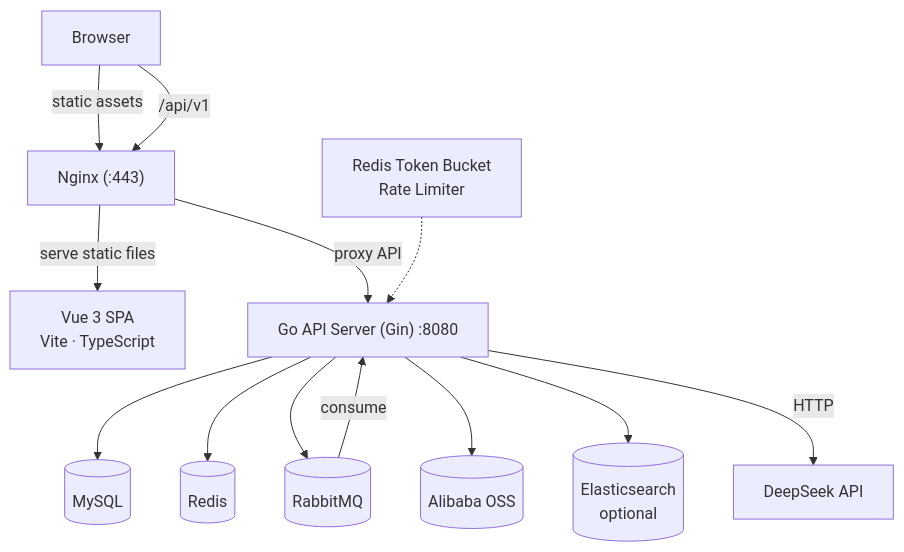
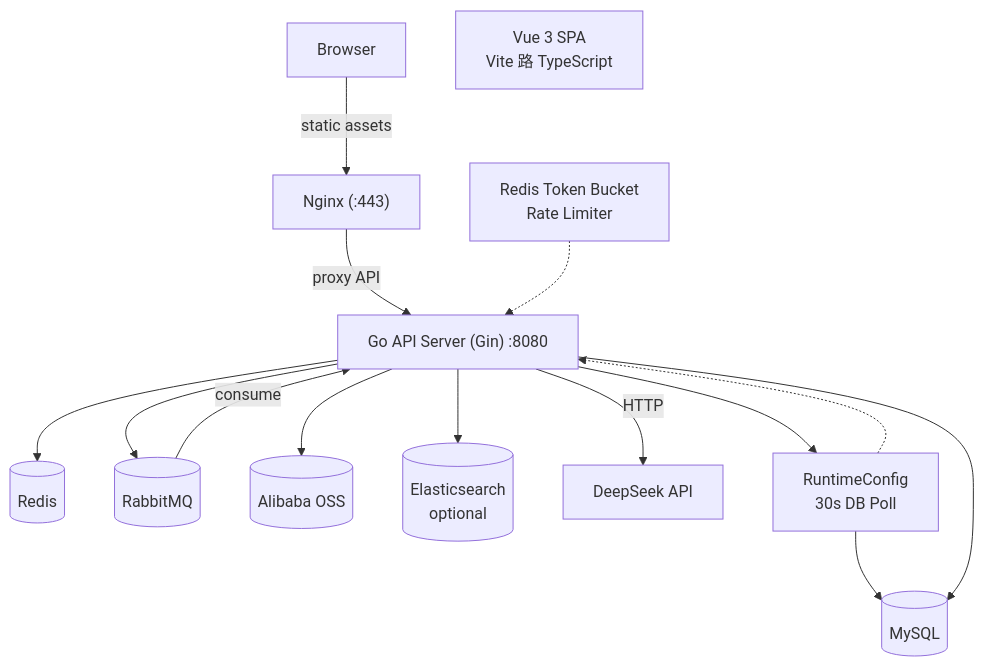
The first of 4 diagrams in docs/ARCHITECTURE_EN.md (earthcake2233/cakecake), drawn with Mermaid before and after one commit. The commit also changed other lines of this file and 14 other files, not shown here.

Commit message:
feat: add RuntimeConfig manager with Admin API for dynamic system configs

````diff
--- a/docs/ARCHITECTURE_EN.md
+++ b/docs/ARCHITECTURE_EN.md
@@ -7,28 +7,29 @@
 ```mermaid
 graph TB
     Browser["Browser"]
     Nginx["Nginx (:443)"]
 
-    Vue["Vue 3 SPA<br/>Vite · TypeScript"]
+    Vue["Vue 3 SPA<br/>Vite 路 TypeScript"]
     Gin["Go API Server (Gin) :8080"]
 
     MySQL[("MySQL")]
     Redis[("Redis")]
     RMQ[("RabbitMQ")]
     OSS[("Alibaba OSS")]
     ES[("Elasticsearch<br/>optional")]
     DS["DeepSeek API"]
 
     Browser -->|static assets| Nginx
-    Browser -->|/api/v1| Nginx
-    Nginx -->|serve static files| Vue
+    RC["RuntimeConfig\n30s DB Poll"] -.-> Gin
+    Gin --> RC
+    RC --> MySQL
     Nginx -->|proxy API| Gin
     RL["Redis Token Bucket\nRate Limiter"] -.-> Gin
     Gin --> MySQL
     Gin --> Redis
     Gin --> RMQ
     Gin --> OSS
     Gin --> ES
     Gin -->|HTTP| DS
     RMQ -->|consume| Gin
 ```
````
